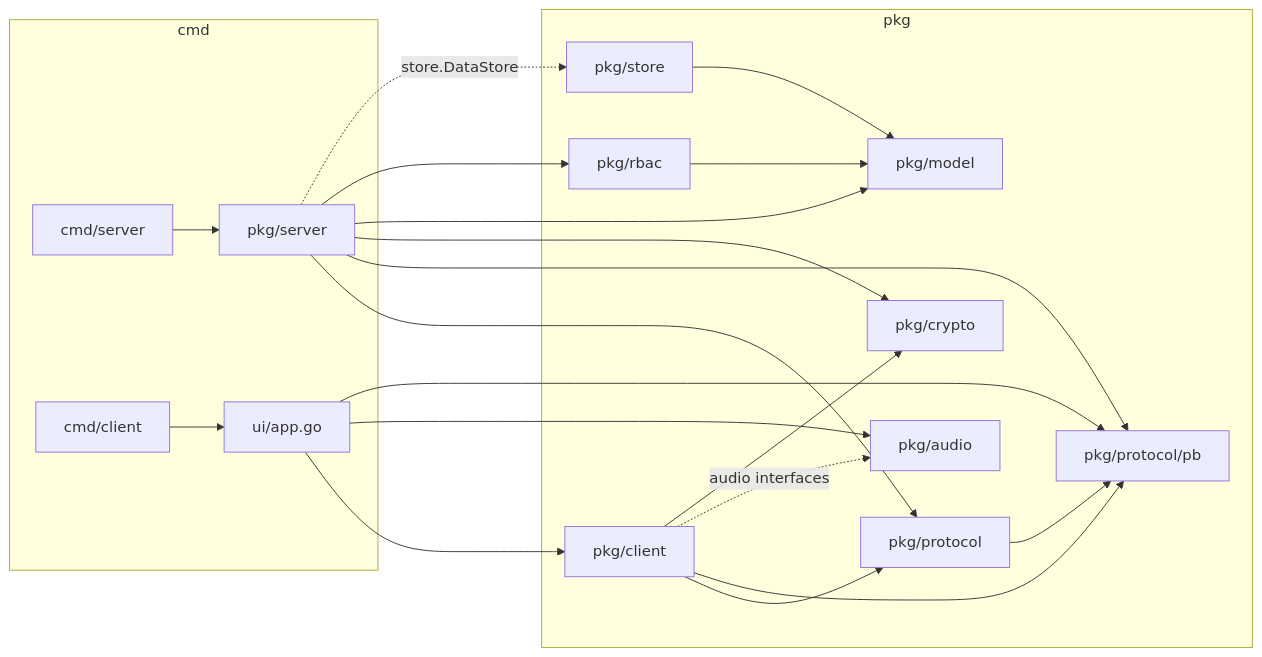
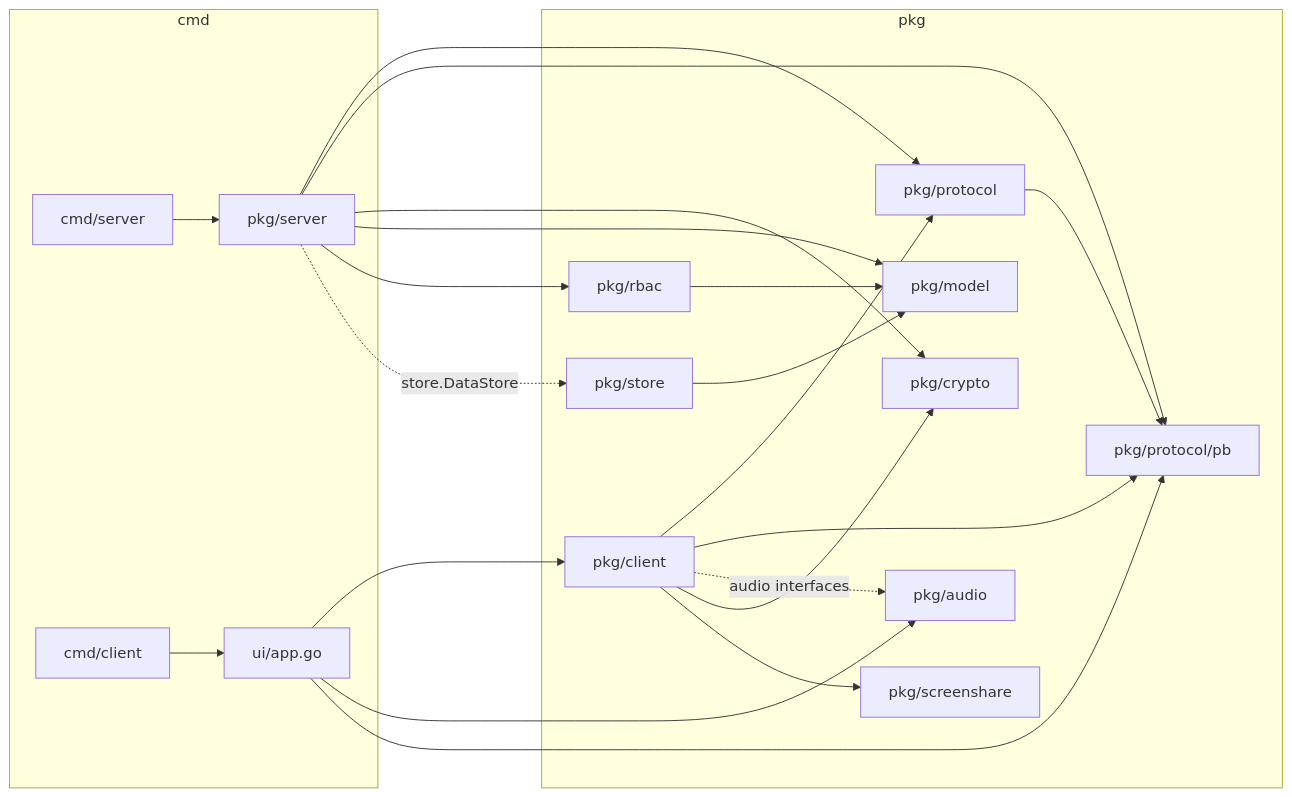
Before and after one commit to NicolasHaas/gospeak: the second of 5 diagrams in docs/architecture.md, drawn with Mermaid. The commit also changed other lines of this file and 34 other files, not shown here.

````diff
--- a/docs/architecture.md
+++ b/docs/architecture.md
@@ -34,41 +38,43 @@
 ```mermaid
 graph LR
     subgraph cmd
         CS[cmd/server] --> SRV
         CC[cmd/client] --> UI
     end
 
     subgraph pkg
         SRV[pkg/server]
         CLT[pkg/client]
         PROTO[pkg/protocol]
         PB[pkg/protocol/pb]
         AUDIO[pkg/audio]
         CRYPTO[pkg/crypto]
         MODEL[pkg/model]
         RBAC[pkg/rbac]
+        SCREEN[pkg/screenshare]
         STORE[pkg/store]
     end
 
     UI[ui/app.go]
 
     SRV --> PROTO
     SRV --> PB
     SRV --> CRYPTO
     SRV --> MODEL
     SRV --> RBAC
     SRV -.->|store.DataStore| STORE
 
     CLT --> PROTO
     CLT --> PB
     CLT -.->|audio interfaces| AUDIO
     CLT --> CRYPTO
+    CLT --> SCREEN
 
     UI --> CLT
     UI --> AUDIO
     UI --> PB
 
     PROTO --> PB
     RBAC --> MODEL
     STORE --> MODEL
 ```
````
